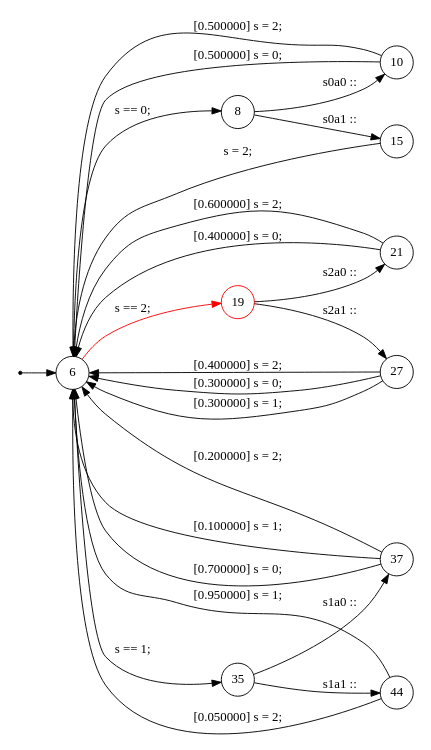
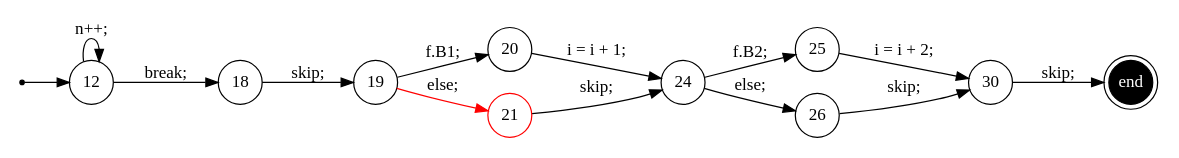
Before and after one commit to samilazregsuidi/Daedalux: the diagram in trace/4.dot, drawn with Graphviz. The commit also changed 118 other files, not shown here.

```diff
--- a/trace/4.dot
+++ b/trace/4.dot
@@ -1,39 +1,29 @@
 digraph finite_state_machine {
 	rankdir=LR
 	size="8,5"
-	93824993319552 [label = 6, shape = doublecircle, fixedsize = true]; 
-	s93824993319552 [shape = point];
-	 93824993319552 [label = 6, shape = circle, fixedsize = true ];
-	 93824993310416 [label = 8, shape = circle, fixedsize = true ];
-	 93824993310976 [label = 10, shape = circle, fixedsize = true ];
-	 93824993312496 [label = 15, shape = circle, fixedsize = true ];
-	 93824993312944 [label = 19, shape = circle, color = red, fixedsize = true ];
-	 93824993313712 [label = 21, shape = circle, fixedsize = true ];
-	 93824993315232 [label = 27, shape = circle, fixedsize = true ];
-	 93824993316688 [label = 35, shape = circle, fixedsize = true ];
-	 93824993317632 [label = 37, shape = circle, fixedsize = true ];
-	 93824993325184 [label = 44, shape = circle, fixedsize = true ];
-	s93824993319552 -> 93824993319552;
-	93824993319552 -> 93824993310416 [ label = "s == 0; "];
-	93824993310416 -> 93824993310976 [ label = "s0a0 :: "];
-	93824993310976 -> 93824993319552 [ label = " [0.500000] s = 0; "];
-	93824993310976 -> 93824993319552 [ label = " [0.500000] s = 2; "];
-	93824993310416 -> 93824993312496 [ label = "s0a1 :: "];
-	93824993312496 -> 93824993319552 [ label = "s = 2; "];
-	93824993319552 -> 93824993312944 [color = red, label = "s == 2; "];
-	93824993312944 -> 93824993313712 [ label = "s2a0 :: "];
-	93824993313712 -> 93824993319552 [ label = " [0.400000] s = 0; "];
-	93824993313712 -> 93824993319552 [ label = " [0.600000] s = 2; "];
-	93824993312944 -> 93824993315232 [ label = "s2a1 :: "];
-	93824993315232 -> 93824993319552 [ label = " [0.400000] s = 2; "];
-	93824993315232 -> 93824993319552 [ label = " [0.300000] s = 0; "];
-	93824993315232 -> 93824993319552 [ label = " [0.300000] s = 1; "];
-	93824993319552 -> 93824993316688 [ label = "s == 1; "];
-	93824993316688 -> 93824993317632 [ label = "s1a0 :: "];
-	93824993317632 -> 93824993319552 [ label = " [0.100000] s = 1; "];
-	93824993317632 -> 93824993319552 [ label = " [0.700000] s = 0; "];
-	93824993317632 -> 93824993319552 [ label = " [0.200000] s = 2; "];
-	93824993316688 -> 93824993325184 [ label = "s1a1 :: "];
-	93824993325184 -> 93824993319552 [ label = " [0.950000] s = 1; "];
-	93824993325184 -> 93824993319552 [ label = " [0.050000] s = 2; "];
+	93824994178208 [label = 12, shape = doublecircle, fixedsize = true]; 
+	s93824994178208 [shape = point];
+	e93824994173872 [shape = doublecircle, fixedsize = true, style = filled, fillcolor = black, fontcolor = white,  label = end];
+	 93824994178208 [label = 12, shape = circle, fixedsize = true ];
+	 93824994170560 [label = 18, shape = circle, fixedsize = true ];
+	 93824994170896 [label = 19, shape = circle, fixedsize = true ];
+	 93824994171728 [label = 20, shape = circle, fixedsize = true ];
+	 93824994172480 [label = 21, shape = circle, color = red, fixedsize = true ];
+	 93824994172256 [label = 24, shape = circle, fixedsize = true ];
+	 93824994173344 [label = 25, shape = circle, fixedsize = true ];
+	 93824994174096 [label = 26, shape = circle, fixedsize = true ];
+	 93824994173872 [label = 30, shape = circle, fixedsize = true ];
+	s93824994178208 -> 93824994178208;
+	93824994178208 -> 93824994170560 [ label = "break; "];
+	93824994178208 -> 93824994178208 [ label = "n++; "];
+	93824994170560 -> 93824994170896 [ label = "skip; "];
+	93824994170896 -> 93824994171728 [ label = "f.B1; "];
+	93824994171728 -> 93824994172256 [ label = "i = i + 1; "];
+	93824994170896 -> 93824994172480 [color = red, label = "else; "];
+	93824994172480 -> 93824994172256 [ label = "skip; "];
+	93824994172256 -> 93824994173344 [ label = "f.B2; "];
+	93824994173344 -> 93824994173872 [ label = "i = i + 2; "];
+	93824994172256 -> 93824994174096 [ label = "else; "];
+	93824994174096 -> 93824994173872 [ label = "skip; "];
+	93824994173872 -> e93824994173872 [ label = "skip; "];
 }
```
